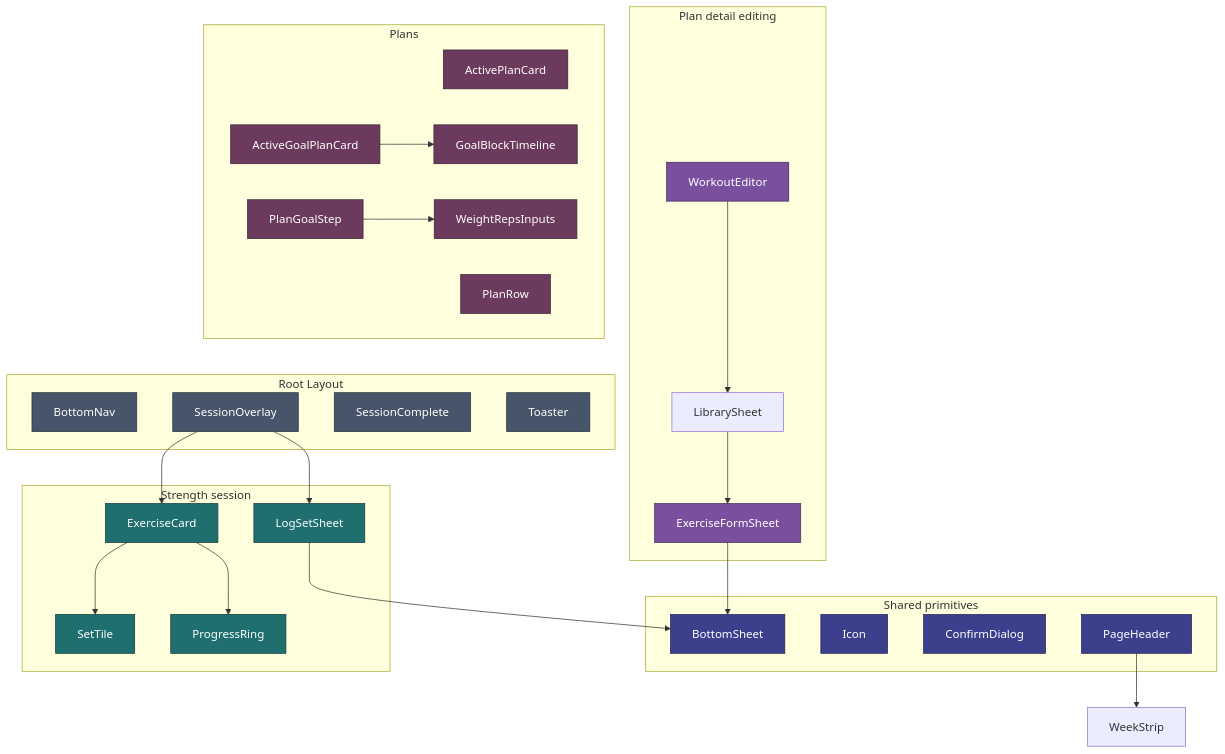
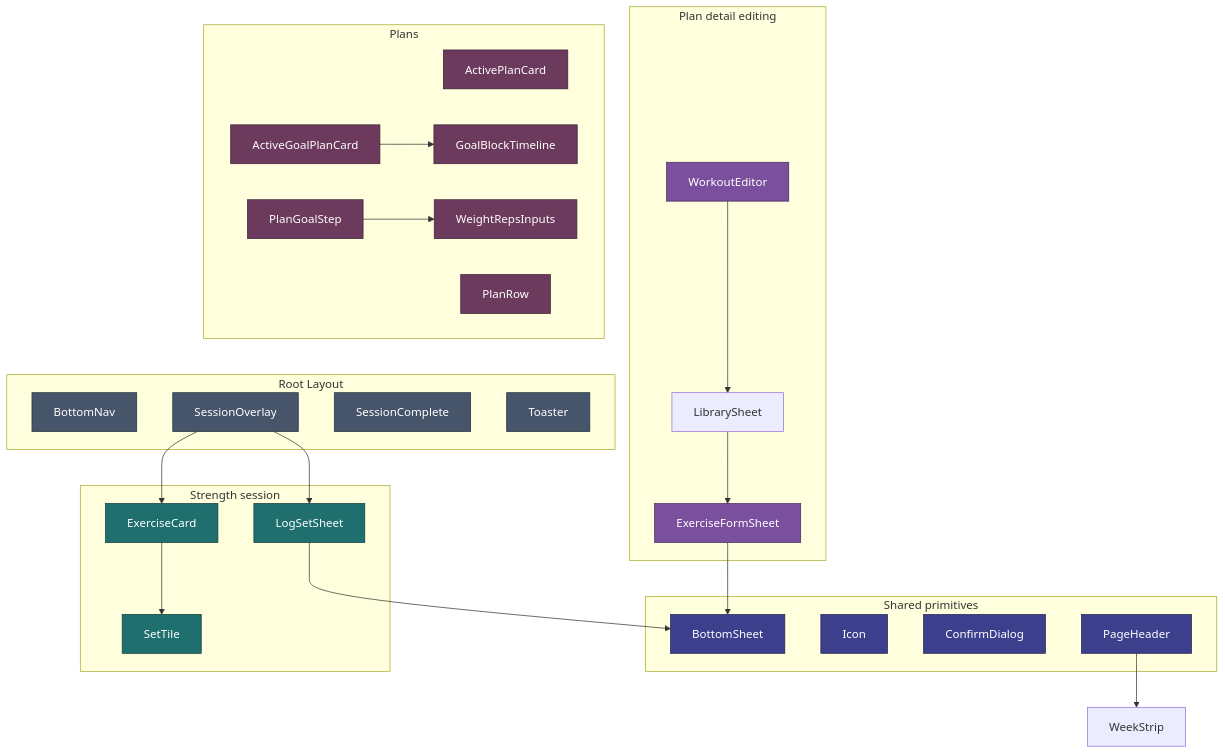
One commit to jermbo/CosmicWorkOut changed the diagram in docs/implementation/components.md. Above: the diagram before and after it, drawn with Mermaid. The commit also changed other lines of this file and 165 other files, not shown here.

````diff
--- a/docs/implementation/components.md
+++ b/docs/implementation/components.md
@@ -197,57 +206,56 @@
 ```mermaid
 flowchart TB
     subgraph layout ["Root Layout"]
         BN[BottomNav]
         SO[SessionOverlay]
         SC[SessionComplete]
         TO[Toaster]
     end
 
     subgraph shared ["Shared primitives"]
         BS[BottomSheet]
         IC[Icon]
         CD[ConfirmDialog]
         PH[PageHeader]
     end
 
     subgraph strength ["Strength session"]
         EC[ExerciseCard]
         ST[SetTile]
         LS[LogSetSheet]
-        PR[ProgressRing]
     end
 
     subgraph editor ["Plan detail editing"]
         WE[WorkoutEditor]
         LIB[LibrarySheet]
         EFS[ExerciseFormSheet]
     end
 
     subgraph plans ["Plans"]
         APC[ActivePlanCard]
         PR2[PlanRow]
         AGPC[ActiveGoalPlanCard]
         GBT[GoalBlockTimeline]
         PGS[PlanGoalStep]
         WRI[WeightRepsInputs]
     end
 
-    SO --> EC --> PR & ST
+    SO --> EC --> ST
     SO --> LS
     WE --> LIB --> EFS
     AGPC --> GBT
     PGS --> WRI
     PH --> WeekStrip
     LS & EFS --> BS
 
     classDef layout fill:#465569,stroke:#28313e,color:#ffffff;
     classDef shared fill:#3b3f8c,stroke:#23264f,color:#ffffff;
     classDef strength fill:#1f6f6f,stroke:#0f3a3a,color:#ffffff;
     classDef editor fill:#7a4f9e,stroke:#46295c,color:#ffffff;
     classDef plans fill:#6b3a5c,stroke:#3d2235,color:#ffffff;
     class BN,SO,SC,TO layout;
     class BS,IC,CD,PH shared;
-    class EC,ST,LS,PR strength;
+    class EC,ST,LS strength;
     class WE,EFS editor;
     class APC,PR2,AGPC,GBT,PGS,WRI plans;
 ```
````
